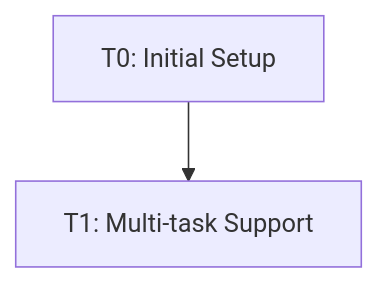
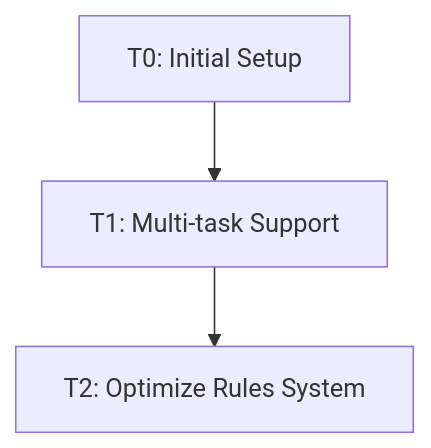
Before and after one commit to space-cadet/memory-bank: the diagram in memory-bank/tasks.md, drawn with Mermaid. The commit also changed other lines of this file and 3 other files, not shown here.

````diff
--- a/memory-bank/tasks.md
+++ b/memory-bank/tasks.md
@@ -37,7 +60,9 @@
 ```mermaid
 graph TD
     T0[T0: Initial Setup]
     T1[T1: Multi-task Support]
+    T2[T2: Optimize Rules System]
     
     T0 --> T1
+    T1 --> T2
 ```
````
